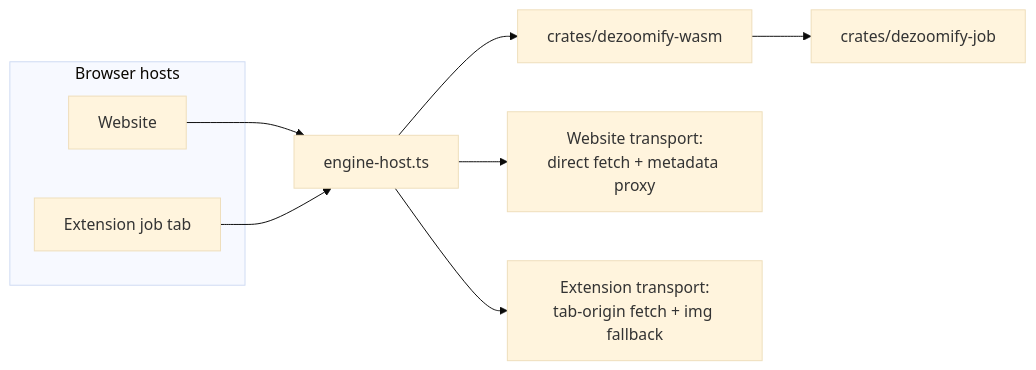
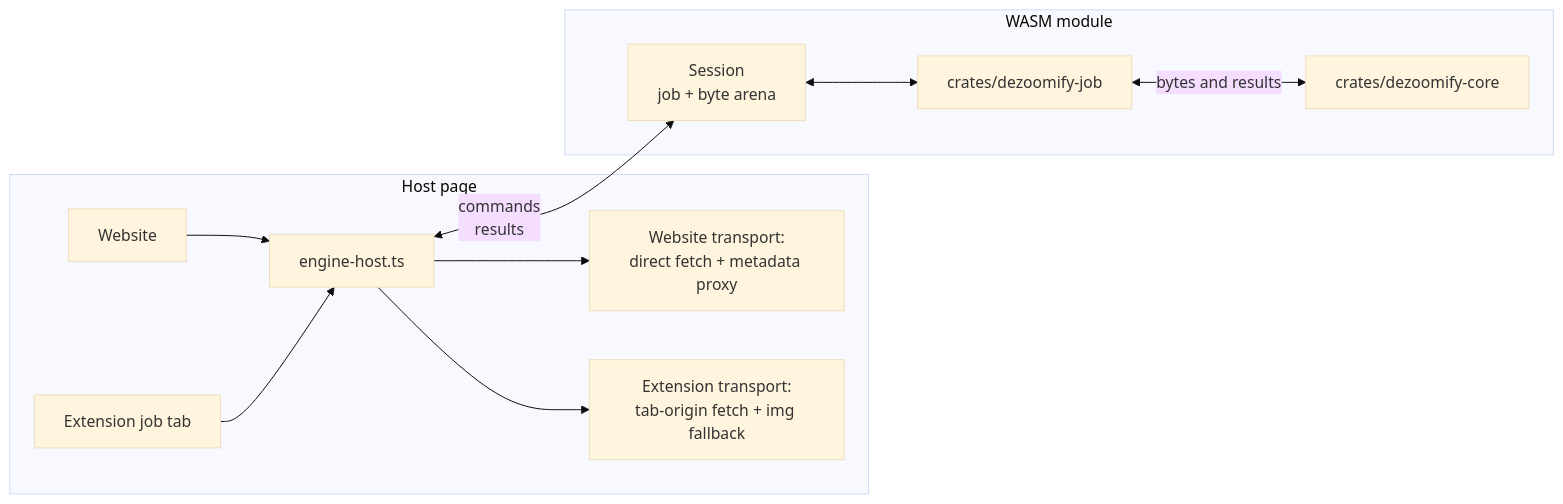
Before and after one commit to lovasoa/dezoomify: the second of 3 diagrams in docs/architecture.md, drawn with Mermaid (base theme). The commit also changed 1 other file, not shown here.

Commit message:
docs: give the WASM session its own lane in wasm diagrams
Browser-hosts diagram now splits host page vs WASM module
subgraphs with commands/results crossing the boundary.
Extension binding sequence gains a WASM Session participant
showing dispatch, effects, outcomes, and finalization.

````diff
--- a/docs/architecture.md
+++ b/docs/architecture.md
@@ -50,13 +50,22 @@
 ```mermaid
 flowchart LR
-    subgraph Web[Browser hosts]
+    subgraph PAGE[Host page]
         SITE[Website]
         EXT[Extension job tab]
+        EH[engine-host.ts]
+        T1[Website transport:<br/>direct fetch + metadata proxy]
+        T2[Extension transport:<br/>tab-origin fetch + img fallback]
     end
-    SITE --> EH[engine-host.ts]
+    subgraph WASM[WASM module]
+        SES[Session<br/>job + byte arena]
+        JOB[crates/dezoomify-job]
+        CORE[crates/dezoomify-core]
+    end
+    SITE --> EH
     EXT --> EH
-    EH --> WASM[crates/dezoomify-wasm]
-    WASM --> JOB[crates/dezoomify-job]
-    EH --> T1[Website transport:<br/>direct fetch + metadata proxy]
-    EH --> T2[Extension transport:<br/>tab-origin fetch + img fallback]
+    EH --> T1
+    EH --> T2
+    EH <-->|commands<br/>results| SES
+    SES <--> JOB
+    JOB <-->|bytes and results| CORE
 ```
````
